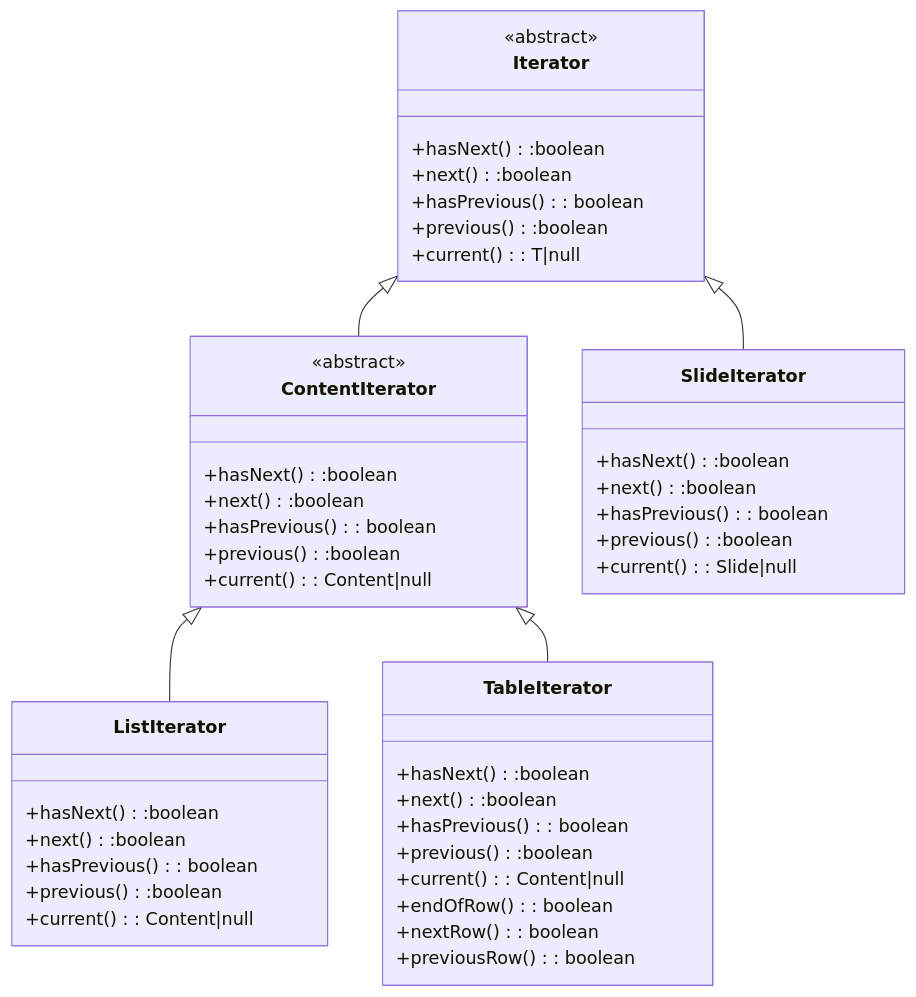
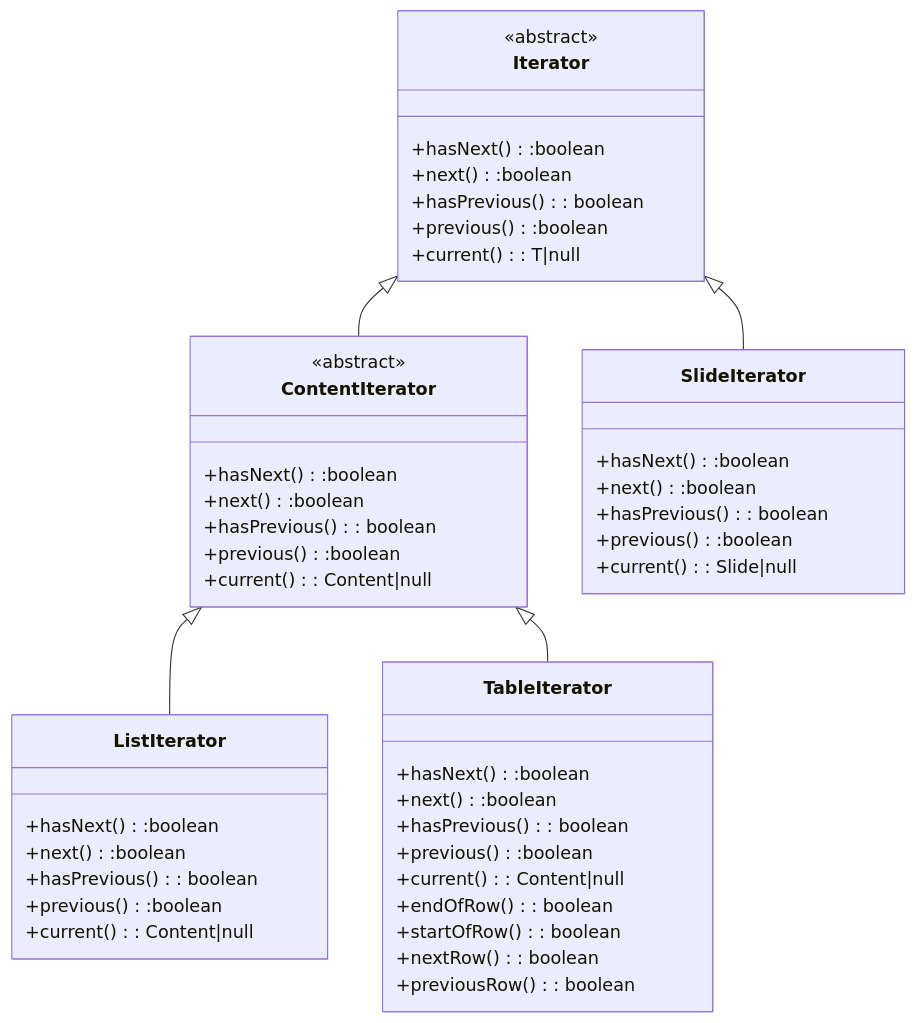
One commit to Borrelhapje/design-for-change changed the third of 4 diagrams in domaindesign.md. Above: the diagram before and after it, drawn with Mermaid. The commit also changed 9 other files, not shown here.

````diff
--- a/domaindesign.md
+++ b/domaindesign.md
@@ -130,48 +130,49 @@
 ```mermaid
 classDiagram
 class Iterator{
   <<abstract>>
   +hasNext():boolean
   +next():boolean
   +hasPrevious(): boolean
   +previous():boolean
   +current(): T|null
 }
 class ContentIterator{
   <<abstract>>
   +hasNext():boolean
   +next():boolean
   +hasPrevious(): boolean
   +previous():boolean
   +current(): Content|null
 }
 class ListIterator {
   +hasNext():boolean
   +next():boolean
   +hasPrevious(): boolean
   +previous():boolean
   +current(): Content|null
 }
 class TableIterator {
   +hasNext():boolean
   +next():boolean
   +hasPrevious(): boolean
   +previous():boolean
   +current(): Content|null
   +endOfRow(): boolean
+  +startOfRow(): boolean
   +nextRow(): boolean
   +previousRow(): boolean
 }
 class SlideIterator {
   +hasNext():boolean
   +next():boolean
   +hasPrevious(): boolean
   +previous():boolean
   +current(): Slide|null
 }
 
     Iterator <|-- SlideIterator
     Iterator <|-- ContentIterator
     ContentIterator <|-- ListIterator
     ContentIterator <|-- TableIterator
 ```
````
